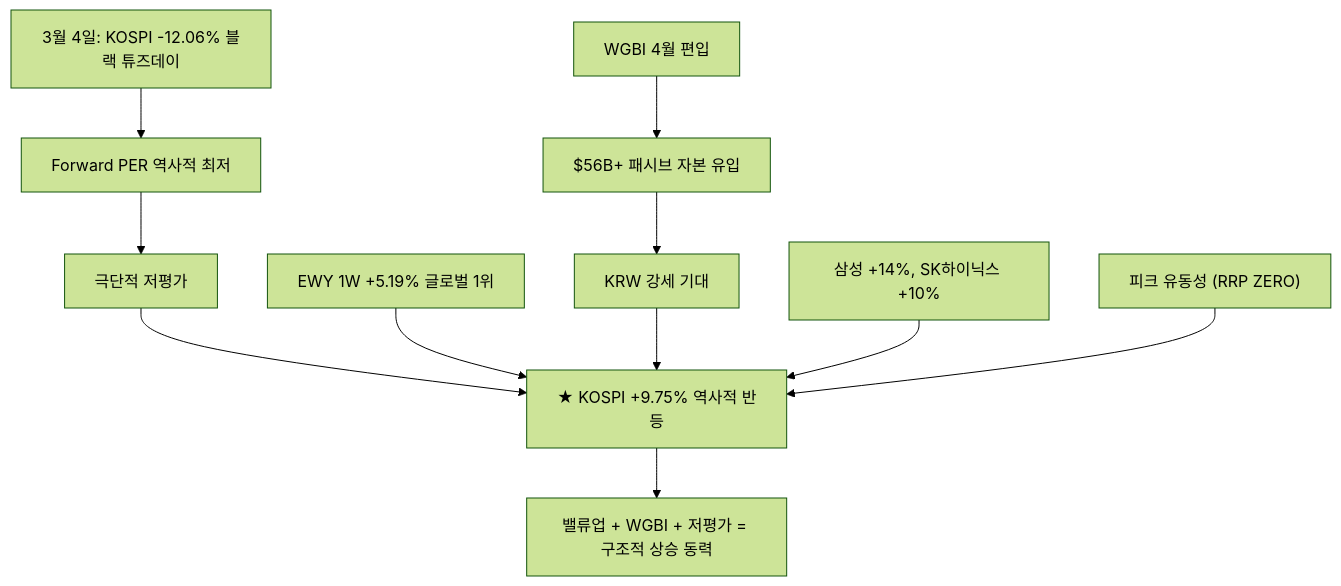
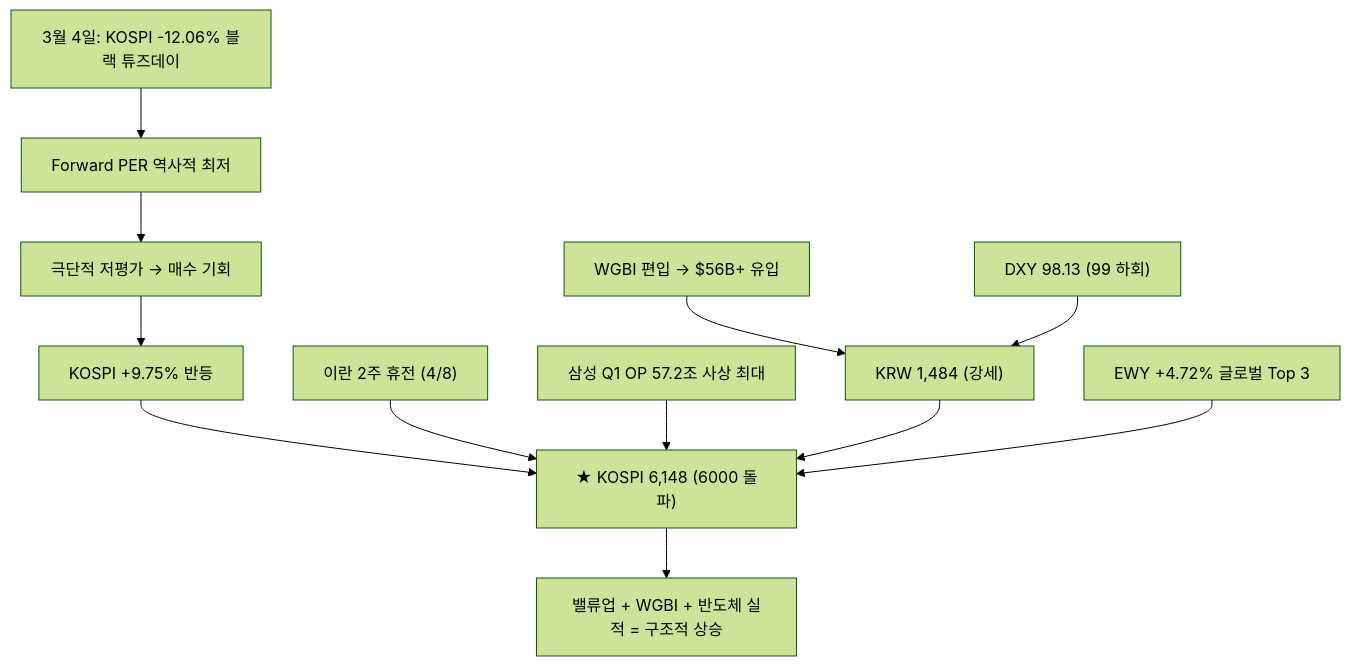
The sixth of 9 diagrams in _posts/knowledge/invest/2026-01-12-macroeconomic-policy-sector-outlook-2026.md (dss99911/dss99911.github.io), drawn with Mermaid (forest theme) before and after one commit. The commit also changed other lines of this file and 2 other files, not shown here.

First line of the commit message:
투자 전망 데일리 트랙킹 4/15: KOSPI 6000 돌파, SOXX +13.8%, Anthropic Mythos, 유가 급락

````diff
--- a/_posts/knowledge/invest/2026-01-12-macroeconomic-policy-sector-outlook-2026.md
+++ b/_posts/knowledge/invest/2026-01-12-macroeconomic-policy-sector-outlook-2026.md
@@ -215,13 +242,14 @@
 ```mermaid
 graph TD
     A["3월 4일: KOSPI -12.06% 블랙 튜즈데이"] --> B["Forward PER 역사적 최저"]
-    B --> C["극단적 저평가"]
-    C --> D["★ KOSPI +9.75% 역사적 반등"]
-    E["EWY 1W +5.19% 글로벌 1위"] --> D
-    F["WGBI 4월 편입"] --> G["$56B+ 패시브 자본 유입"]
-    G --> H["KRW 강세 기대"]
-    H --> D
-    I["삼성 +14%, SK하이닉스 +10%"] --> D
-    J["피크 유동성 #40;RRP ZERO#41;"] --> D
-    D --> K["밸류업 + WGBI + 저평가 = 구조적 상승 동력"]
+    B --> C["극단적 저평가 → 매수 기회"]
+    C --> D["KOSPI +9.75% 반등"]
+    D --> E["★ KOSPI 6,148 #40;6000 돌파#41;"]
+    F["이란 2주 휴전 #40;4/8#41;"] --> E
+    G["삼성 Q1 OP 57.2조 사상 최대"] --> E
+    H["WGBI 편입 → $56B+ 유입"] --> I["KRW 1,484 #40;강세#41;"]
+    I --> E
+    J["DXY 98.13 #40;99 하회#41;"] --> I
+    K["EWY +4.72% 글로벌 Top 3"] --> E
+    E --> L["밸류업 + WGBI + 반도체 실적 = 구조적 상승"]
 ```
````
